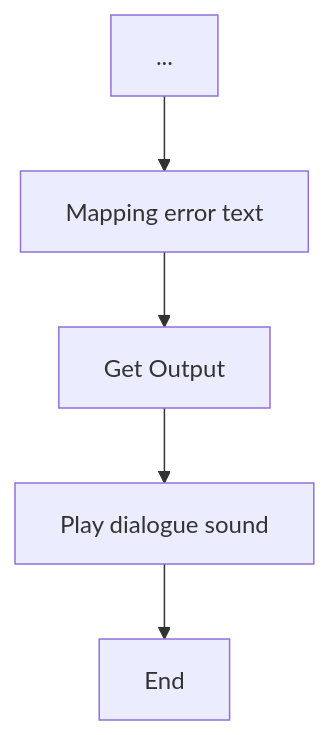
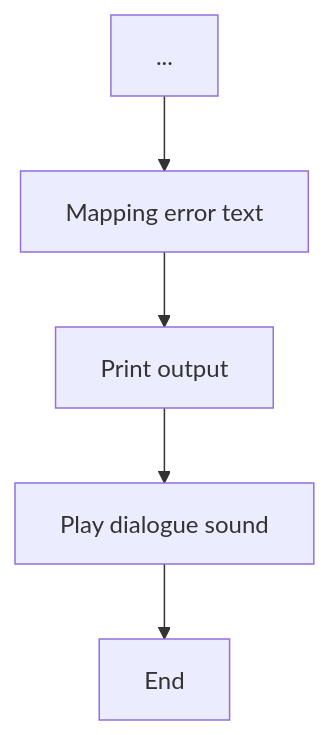
Before and after one commit to larb26656/luckytime1996-blog: the third of 3 diagrams in src/content/blog/8-first-hackathon-experience.mdx, drawn with Mermaid. The commit also changed other lines of this file and 27 other files, not shown here.

````diff
--- a/src/content/blog/8-first-hackathon-experience.mdx
+++ b/src/content/blog/8-first-hackathon-experience.mdx
@@ -233,8 +228,8 @@
 ```mermaid
 flowchart TD
     C[...] --> D[Mapping error text]
     D[Mapping error text]
-    D --> F[Get Output]
+    D --> F[Print output]
     F --> G[Play dialogue sound]
     G --> H[End]
 ```
````
